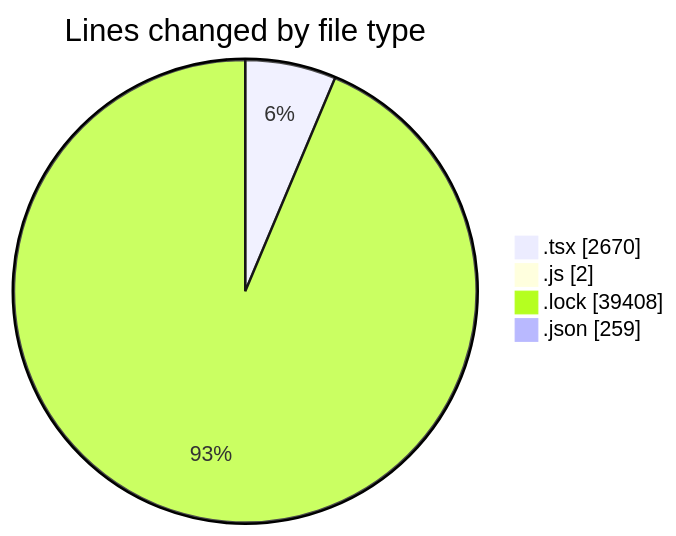
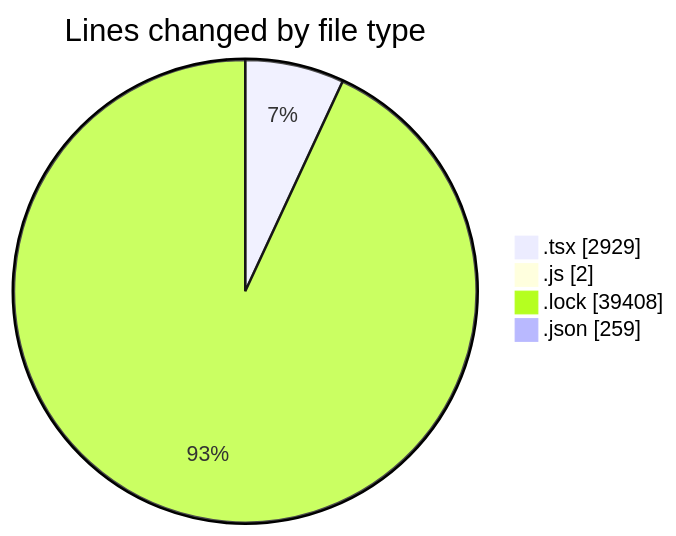
Before and after one commit to momahboobian/code-tracking: the first of 2 diagrams in 2026-05-15/cda/README.md, drawn with Mermaid. The commit also changed other lines of this file and 1 other file, not shown here.

````diff
--- a/2026-05-15/cda/README.md
+++ b/2026-05-15/cda/README.md
@@ -42,8 +43,8 @@
 ```mermaid
 pie showData
 title Lines changed by file type
-".tsx" : 2670
+".tsx" : 2929
 ".js" : 2
 ".lock" : 39408
 ".json" : 259
 ```
````
